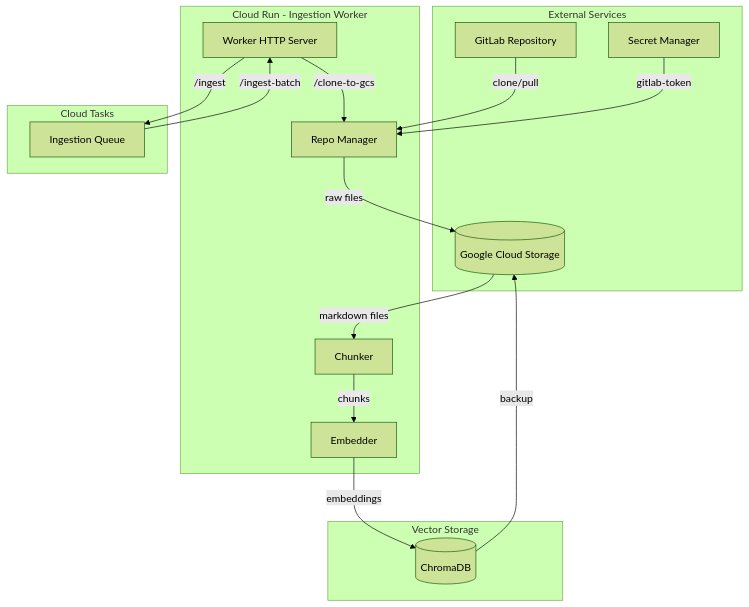
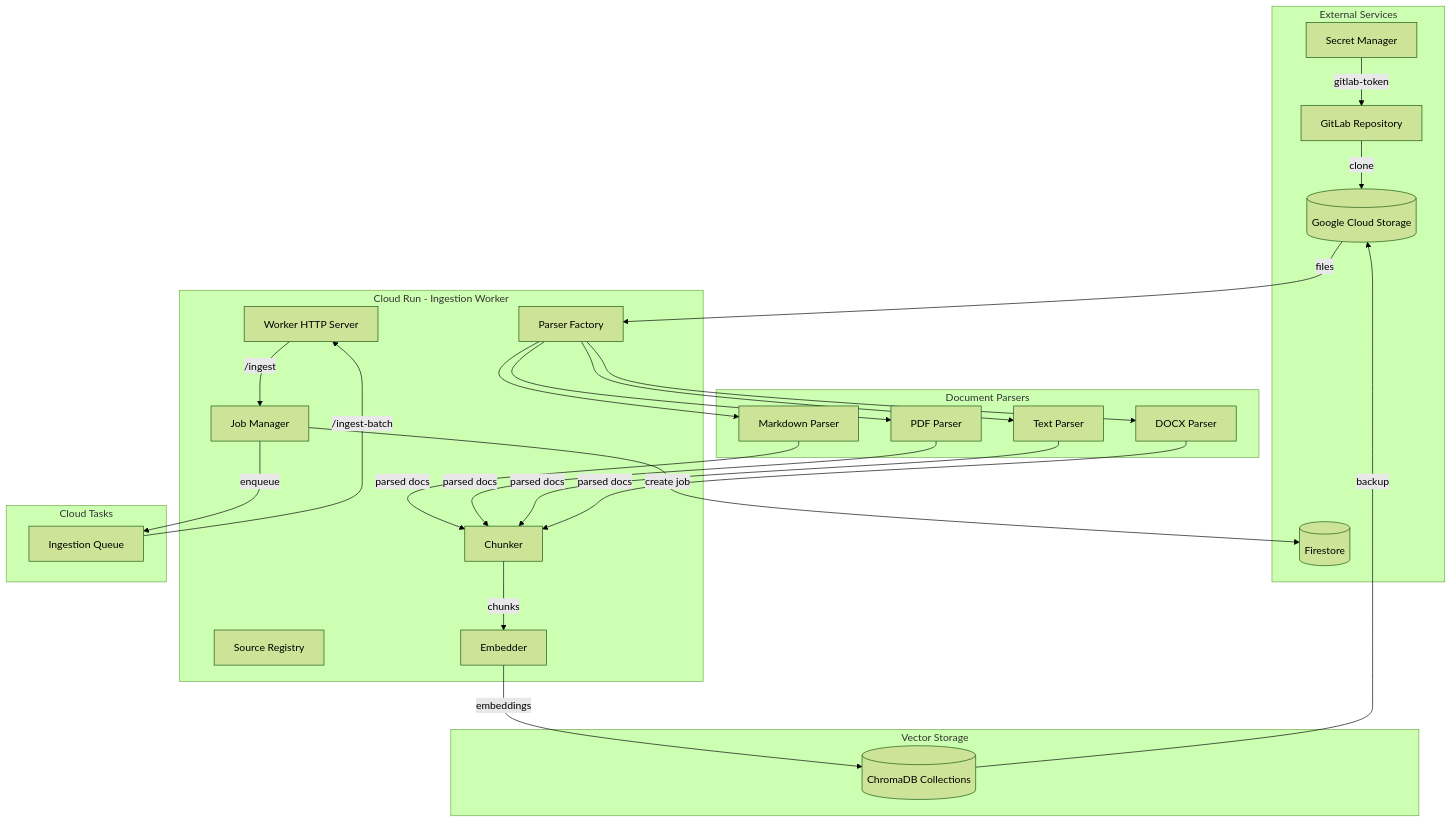
Before and after one commit to TheWinterShadow/Thoth: the first of 5 diagrams in docs/source/architecture/ingestion.md, drawn with Mermaid (forest theme). The commit also changed other lines of this file and 27 other files, not shown here.

````diff
--- a/docs/source/architecture/ingestion.md
+++ b/docs/source/architecture/ingestion.md
@@ -15,35 +17,47 @@
 ```mermaid
 flowchart TB
     subgraph External["External Services"]
         GL[GitLab Repository]
         GCS[(Google Cloud Storage)]
         SM[Secret Manager]
+        FS[(Firestore)]
     end
 
     subgraph CloudRun["Cloud Run - Ingestion Worker"]
         W[Worker HTTP Server]
-        RM[Repo Manager]
+        JM[Job Manager]
+        SR[Source Registry]
+        PF[Parser Factory]
         CH[Chunker]
         EM[Embedder]
+    end
+
+    subgraph Parsers["Document Parsers"]
+        MP[Markdown Parser]
+        PP[PDF Parser]
+        TP[Text Parser]
+        DP[DOCX Parser]
     end
 
     subgraph Tasks["Cloud Tasks"]
         Q[Ingestion Queue]
     end
 
     subgraph Storage["Vector Storage"]
-        VS[(ChromaDB)]
+        VS[(ChromaDB Collections)]
     end
 
-    GL -->|clone/pull| RM
-    SM -->|gitlab-token| RM
-    RM -->|raw files| GCS
-    GCS -->|markdown files| CH
+    GL -->|clone| GCS
+    SM -->|gitlab-token| GL
+    GCS -->|files| PF
+    PF --> MP & PP & TP & DP
+    MP & PP & TP & DP -->|parsed docs| CH
     CH -->|chunks| EM
     EM -->|embeddings| VS
     VS -->|backup| GCS
 
-    W -->|/clone-to-gcs| RM
-    W -->|/ingest| Q
+    W -->|/ingest| JM
+    JM -->|create job| FS
+    JM -->|enqueue| Q
     Q -->|/ingest-batch| W
 ```
````
